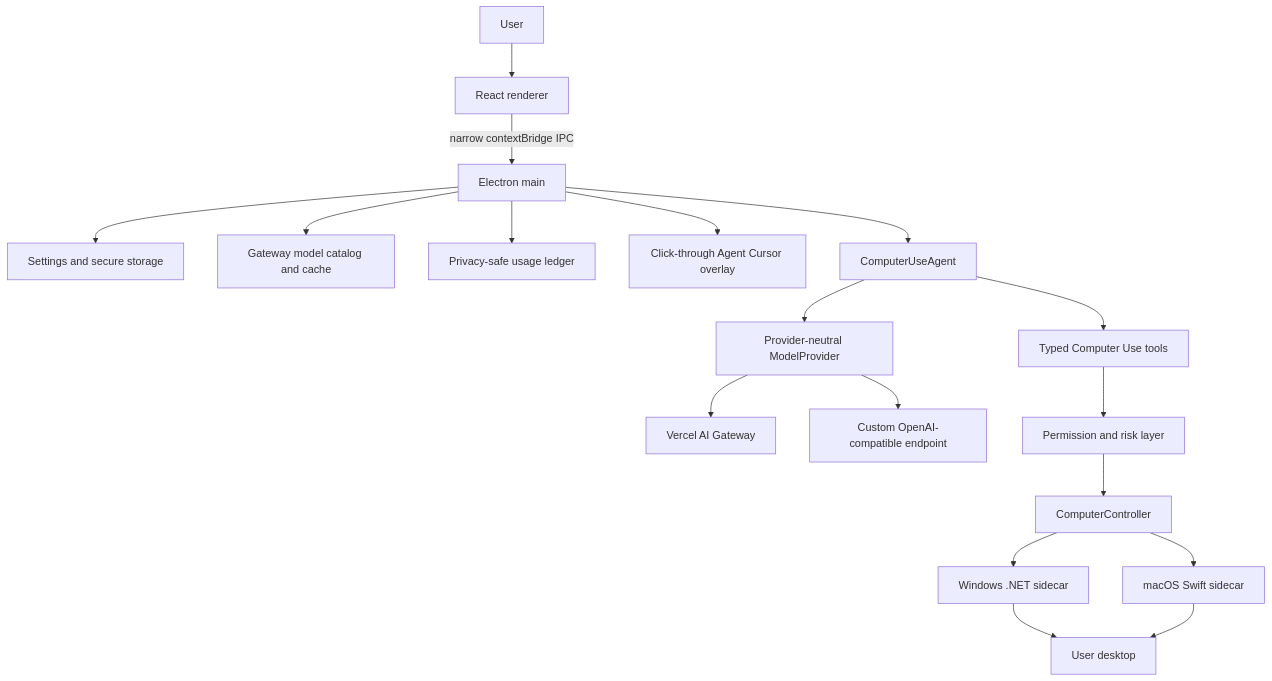
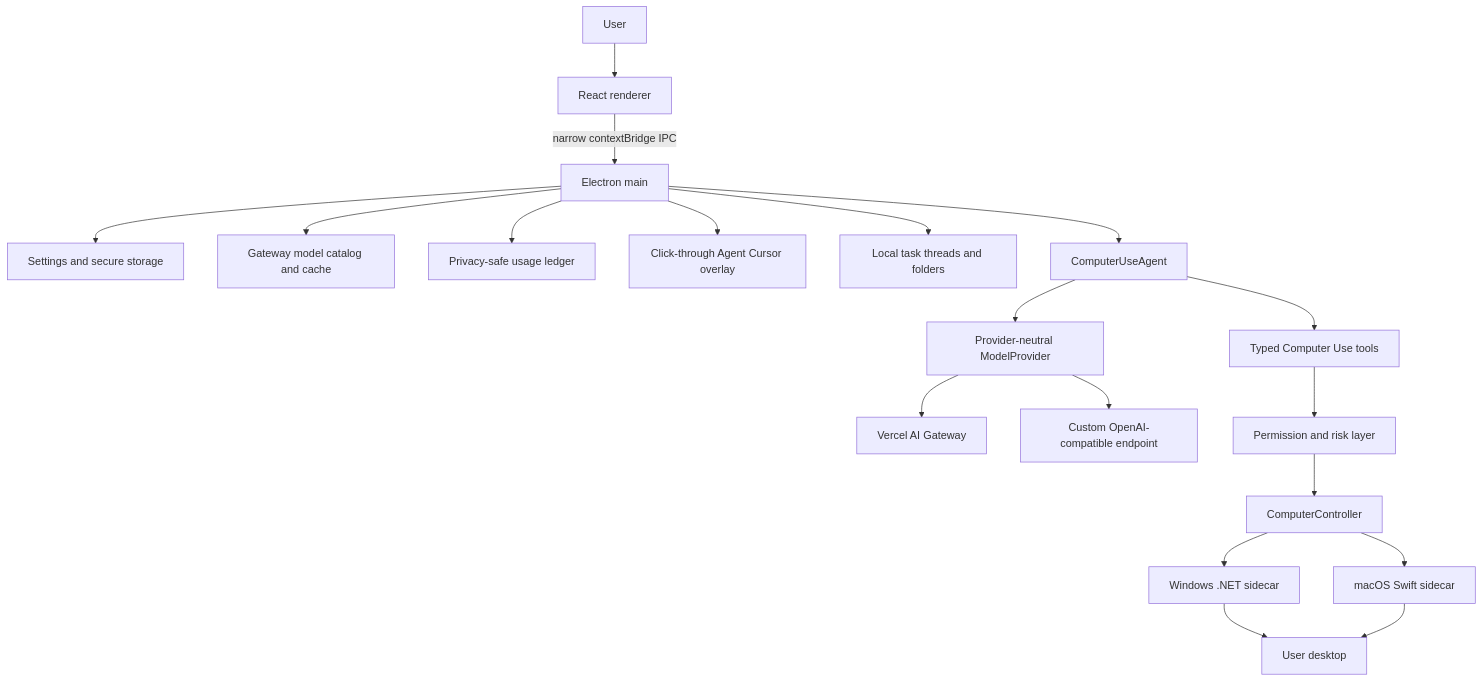
One commit to mathofdynamic/OpenUse changed the diagram in docs/architecture.md. Above: the diagram before and after it, drawn with Mermaid. The commit also changed other lines of this file and 24 other files, not shown here.

Commit message:
feat: add task threads and perceptible agent cursor

````diff
--- a/docs/architecture.md
+++ b/docs/architecture.md
@@ -5,20 +5,21 @@
 ```mermaid
 flowchart TD
     User[User] --> UI[React renderer]
     UI -->|narrow contextBridge IPC| Main[Electron main]
     Main --> Settings[Settings and secure storage]
     Main --> Catalog[Gateway model catalog and cache]
     Main --> Usage[Privacy-safe usage ledger]
     Main --> Cursor[Click-through Agent Cursor overlay]
+    Main --> Threads[Local task threads and folders]
     Main --> Agent[ComputerUseAgent]
     Agent --> Provider[Provider-neutral ModelProvider]
     Provider --> Gateway[Vercel AI Gateway]
     Provider --> Custom[Custom OpenAI-compatible endpoint]
     Agent --> Tools[Typed Computer Use tools]
     Tools --> Policy[Permission and risk layer]
     Policy --> Controller[ComputerController]
     Controller --> Win[Windows .NET sidecar]
     Controller --> Mac[macOS Swift sidecar]
     Win --> Desktop[User desktop]
     Mac --> Desktop
 ```
````
